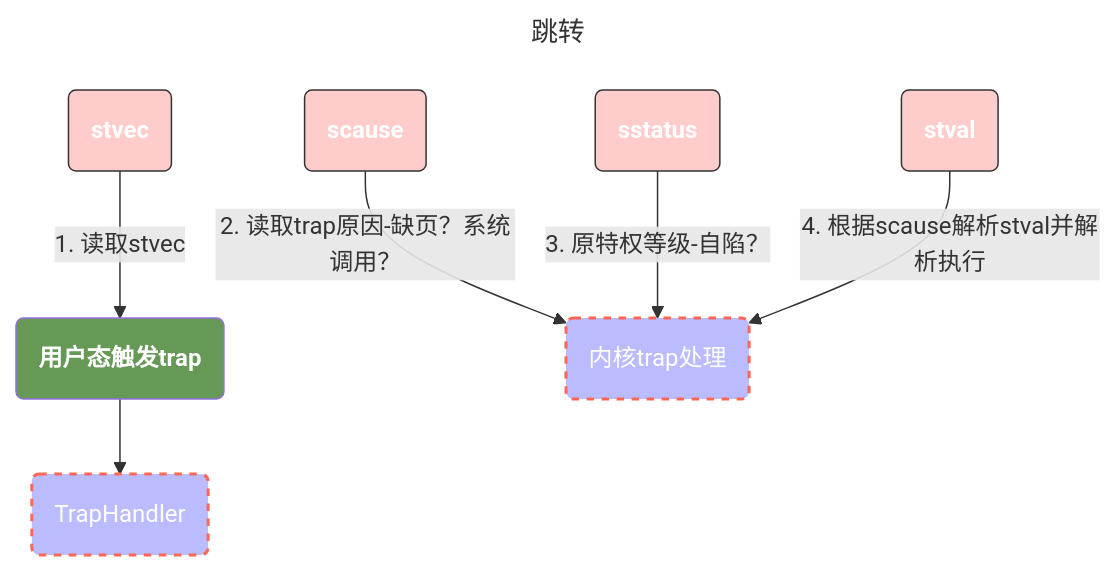
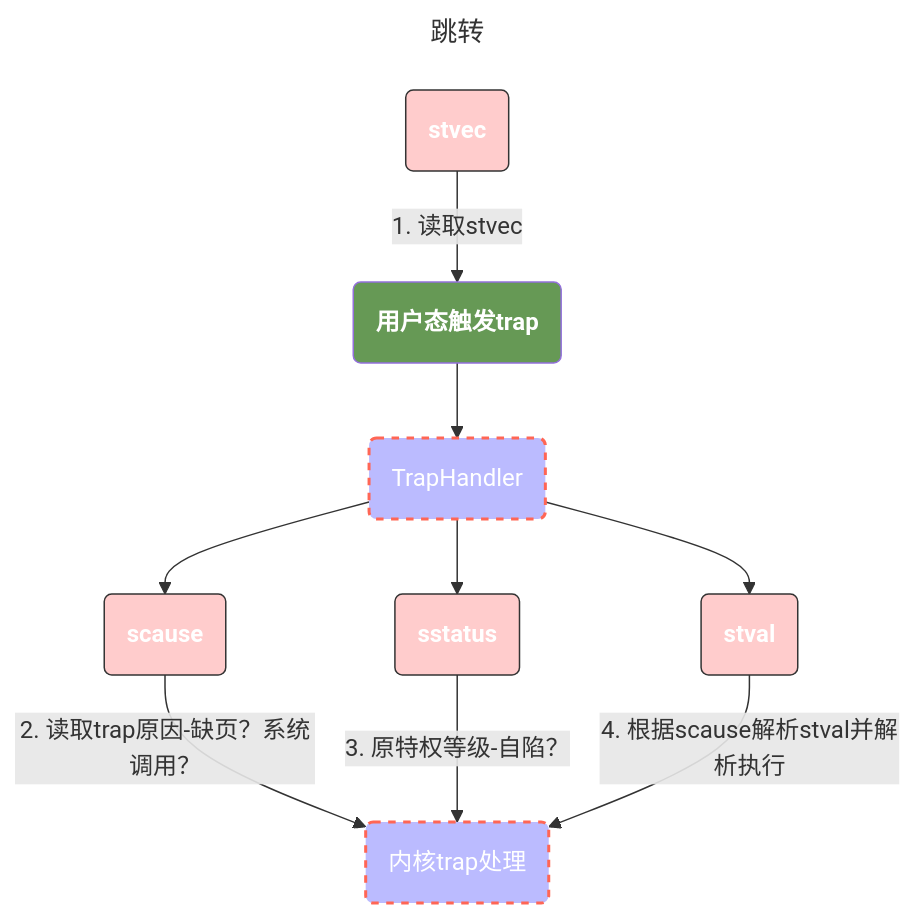
Before and after one commit to 0x822a5b87/0x822a5b87.github.io: the sixth of 6 diagrams in source/_posts/uCore：一个基于Rust的简单操作系统实现（2）.md, drawn with Mermaid. The commit also changed other lines of this file, not shown here.

Commit message:
add comments about how rcore processes trap

````diff
--- a/source/_posts/uCore：一个基于Rust的简单操作系统实现（2）.md
+++ b/source/_posts/uCore：一个基于Rust的简单操作系统实现（2）.md
@@ -487,33 +735,36 @@
 ```mermaid
 ---
 title: 跳转
 ---
 
 flowchart TB
 
 
     stvec("stvec"):::pink
     scause("scause"):::pink
     sstatus("sstatus"):::pink
     stval("stval"):::pink
 
 
 
     用户态触发trap("用户态触发trap"):::green
     内核trap处理("内核trap处理"):::error
 
     stvec -->|1. 读取stvec| 用户态触发trap --> TrapHandler("TrapHandler"):::error
 
     scause -->|2. 读取trap原因-缺页？系统调用？| 内核trap处理
     sstatus -->|3. 原特权等级-自陷？| 内核trap处理
 
     stval -->|4. 根据scause解析stval并解析执行| 内核trap处理
+    
+    TrapHandler --> scause
+    TrapHandler --> sstatus
+    TrapHandler --> stval
 
 classDef pink 0, fill:#FFCCCC,stroke:#333, color: #fff, font-weight:bold;
 classDef green fill: #695,color: #fff,font-weight: bold;
 classDef purple fill:#968,stroke:#333, font-weight: bold;
 classDef error fill:#bbf,stroke:#f65,stroke-width:2px,color:#fff,stroke-dasharray: 5 5
 classDef coral fill:#f8f,stroke:#333,stroke-width:4px;
 classDef animate stroke-dasharray: 8,5,stroke-dashoffset: 900,animation: dash 25s linear infinite;
-
 ```
````
